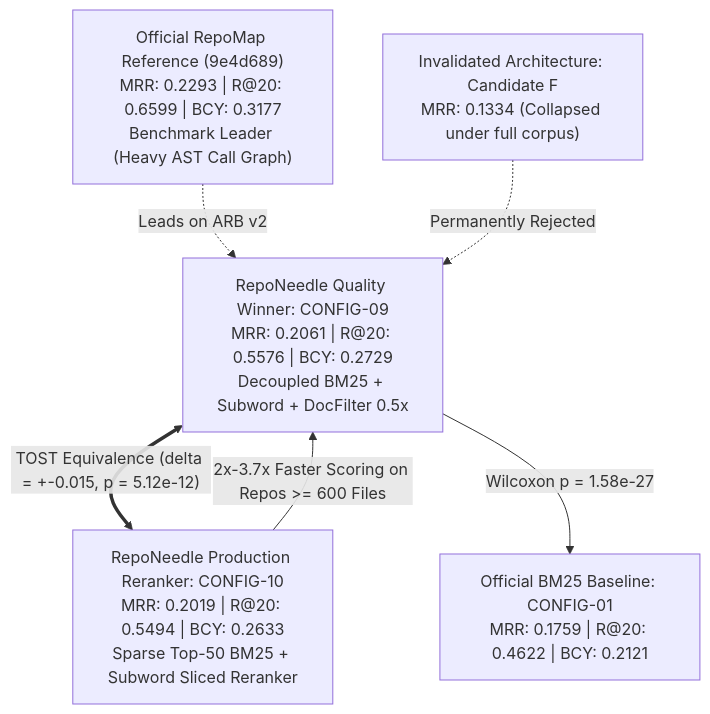
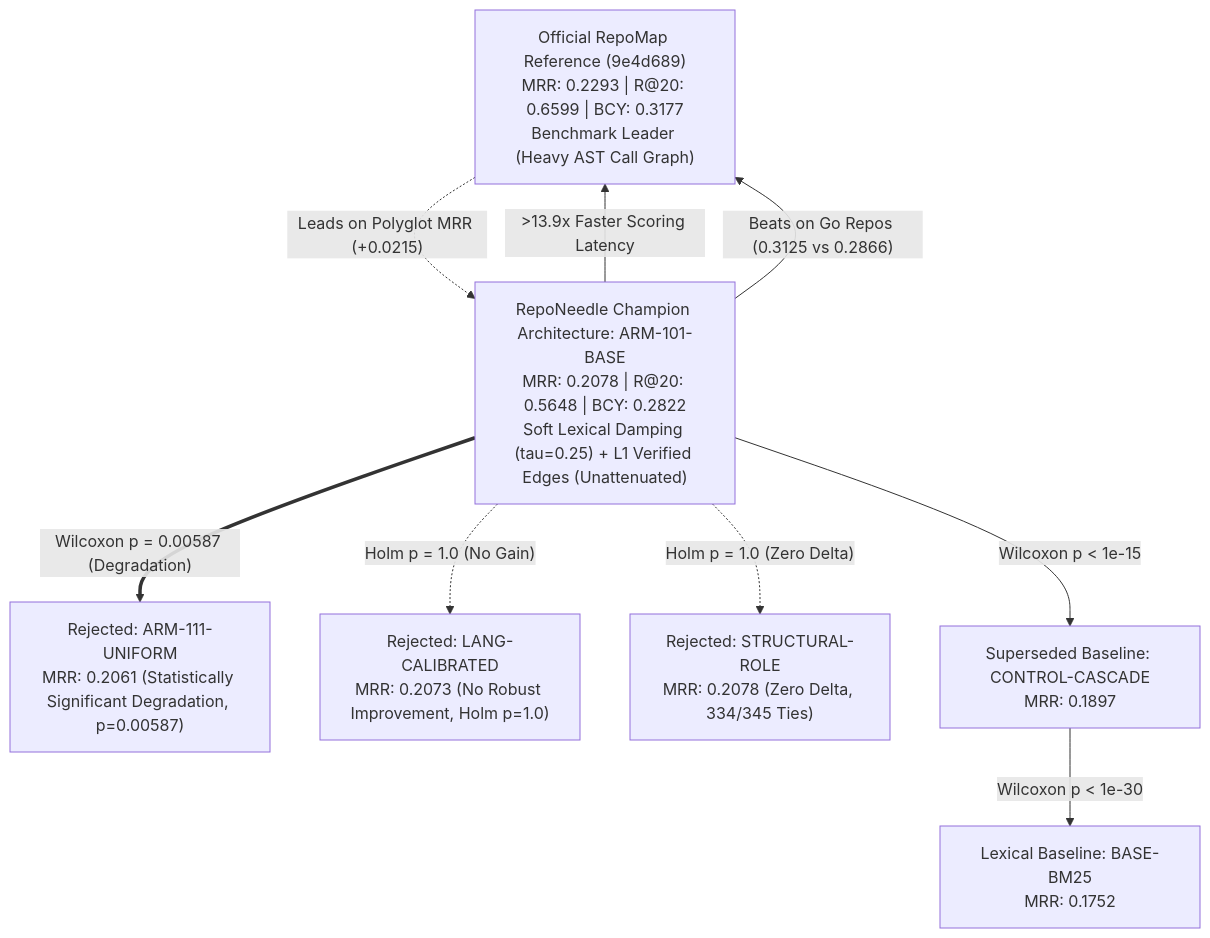
The diagram in research/stage3_14/STAGE3_14_REPORT.md (krishika08/RepoNeedle), drawn with Mermaid before and after one commit. The commit also changed other lines of this file and 13 other files, not shown here.

````diff
--- a/research/stage3_14/STAGE3_14_REPORT.md
+++ b/research/stage3_14/STAGE3_14_REPORT.md
@@ -83,14 +132,19 @@
 ```mermaid
 flowchart TD
     RM["Official RepoMap Reference (9e4d689)<br>MRR: 0.2293 | R@20: 0.6599 | BCY: 0.3177<br>Benchmark Leader (Heavy AST Call Graph)"]
-    C09["RepoNeedle Quality Winner: CONFIG-09<br>MRR: 0.2061 | R@20: 0.5576 | BCY: 0.2729<br>Decoupled BM25 + Subword + DocFilter 0.5x"]
-    C10["RepoNeedle Production Reranker: CONFIG-10<br>MRR: 0.2019 | R@20: 0.5494 | BCY: 0.2633<br>Sparse Top-50 BM25 + Subword Sliced Reranker"]
-    BM["Official BM25 Baseline: CONFIG-01<br>MRR: 0.1759 | R@20: 0.4622 | BCY: 0.2121"]
-    CF["Invalidated Architecture: Candidate F<br>MRR: 0.1334 (Collapsed under full corpus)"]
+    A101["RepoNeedle Champion Architecture: ARM-101-BASE<br>MRR: 0.2078 | R@20: 0.5648 | BCY: 0.2822<br>Soft Lexical Damping (tau=0.25) + L1 Verified Edges (Unattenuated)"]
+    A111["Rejected: ARM-111-UNIFORM<br>MRR: 0.2061 (Statistically Significant Degradation, p=0.00587)"]
+    LANG["Rejected: LANG-CALIBRATED<br>MRR: 0.2073 (No Robust Improvement, Holm p=1.0)"]
+    ROLE["Rejected: STRUCTURAL-ROLE<br>MRR: 0.2078 (Zero Delta, 334/345 Ties)"]
+    CTRL["Superseded Baseline: CONTROL-CASCADE<br>MRR: 0.1897"]
+    BM25["Lexical Baseline: BASE-BM25<br>MRR: 0.1752"]
 
-    RM -.->|Leads on ARB v2| C09
-    C09 <==>|"TOST Equivalence (delta = +-0.015, p = 5.12e-12)"| C10
-    C09 -->|"Wilcoxon p = 1.58e-27"| BM
-    C10 -->|"2x-3.7x Faster Scoring on Repos >= 600 Files"| C09
-    CF -.->|Permanently Rejected| C09
+    RM -.->|"Leads on Polyglot MRR (+0.0215)"| A101
+    A101 -->|">13.9x Faster Scoring Latency"| RM
+    A101 -->|"Beats on Go Repos (0.3125 vs 0.2866)"| RM
+    A101 ==>|"Wilcoxon p = 0.00587 (Degradation)"| A111
+    A101 -.->|"Holm p = 1.0 (No Gain)"| LANG
+    A101 -.->|"Holm p = 1.0 (Zero Delta)"| ROLE
+    A101 -->|"Wilcoxon p < 1e-15"| CTRL
+    CTRL -->|"Wilcoxon p < 1e-30"| BM25
 ```
````
